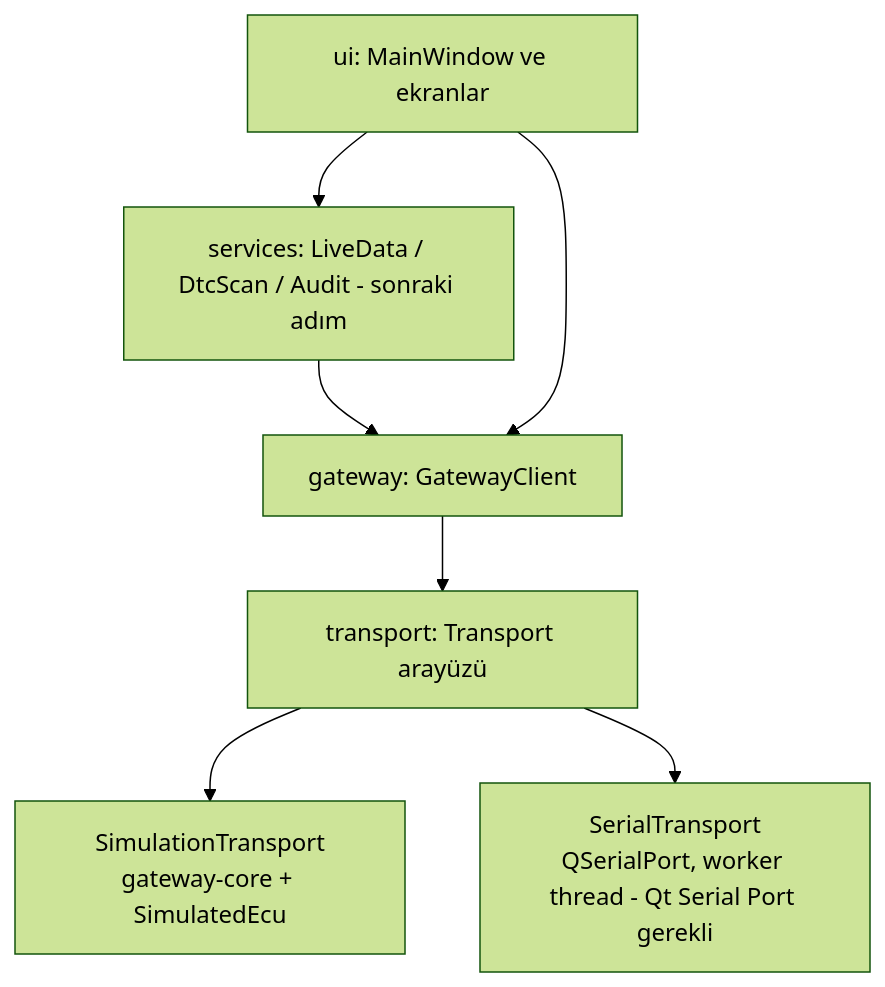
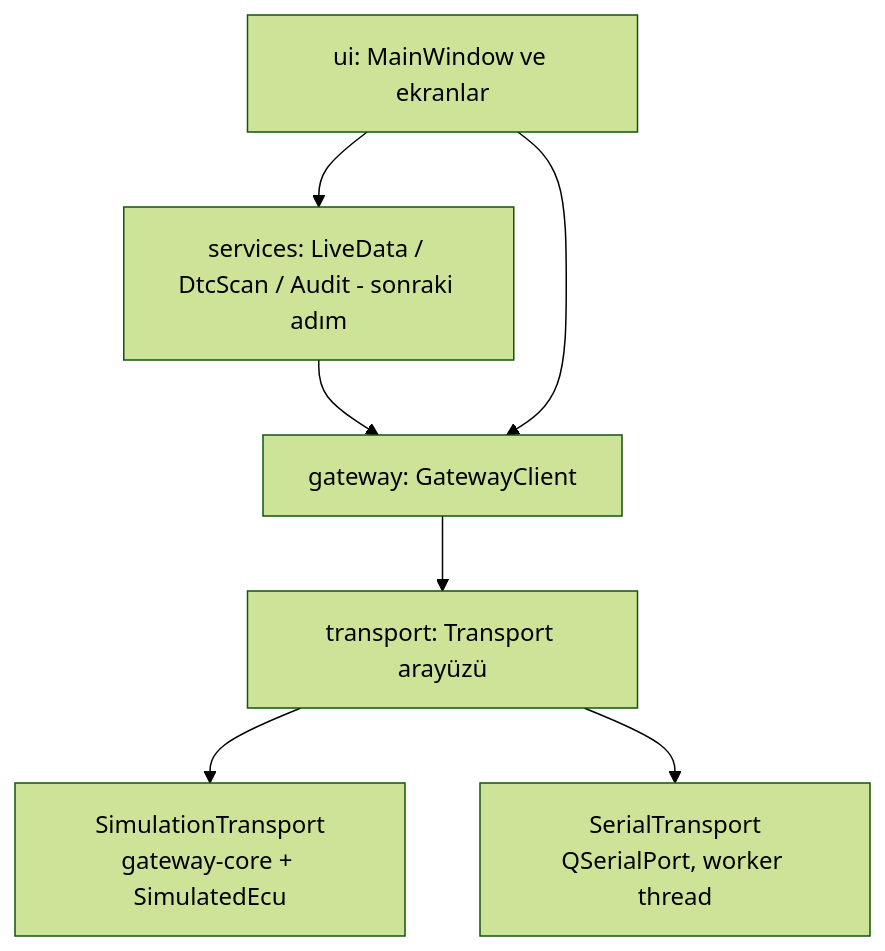
One commit to Kerem-Erden/isuzu-diagnostic-system-with-claude changed the diagram in docs/desktop-guide-tr.md. Above: the diagram before and after it, drawn with Mermaid (forest theme). The commit also changed other lines of this file and 5 other files, not shown here.

Commit message:
docs: record serial transport design and validation status

````diff
--- a/docs/desktop-guide-tr.md
+++ b/docs/desktop-guide-tr.md
@@ -13,9 +13,9 @@
 ```mermaid
 flowchart TB
   UI[ui: MainWindow ve ekranlar] --> SV[services: LiveData / DtcScan / Audit - sonraki adım]
   SV --> GC[gateway: GatewayClient]
   UI --> GC
   GC --> TR[transport: Transport arayüzü]
   TR --> SIM[SimulationTransport\ngateway-core + SimulatedEcu]
-  TR --> SER[SerialTransport\nQSerialPort, worker thread - Qt Serial Port gerekli]
+  TR --> SER[SerialTransport\nQSerialPort, worker thread]
 ```
````
